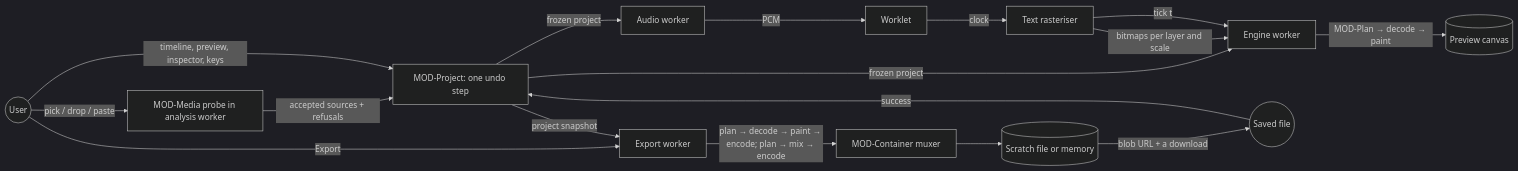
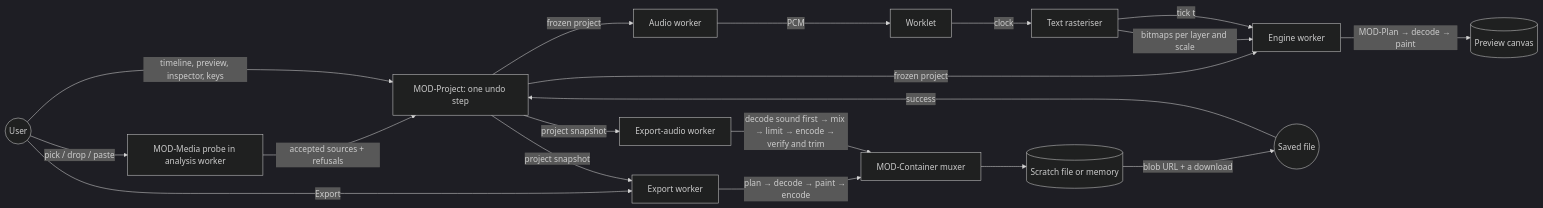
The second of 2 diagrams in specs/40-technical/architecture.md (thanh-taro/clip-maker), drawn with Mermaid (dark theme) before and after one commit. The commit also changed other lines of this file and 25 other files, not shown here.

````diff
--- a/specs/40-technical/architecture.md
+++ b/specs/40-technical/architecture.md
@@ -122,16 +134,18 @@
 ```mermaid
 flowchart LR
   U((User)) -->|pick / drop / paste| ME[MOD-Media probe in analysis worker]
   ME -->|accepted sources + refusals| PRJ[MOD-Project: one undo step]
   U -->|timeline, preview, inspector, keys| PRJ
   PRJ -->|frozen project| EN[Engine worker]
   PRJ -->|frozen project| AU[Audio worker]
   PV[Text rasteriser] -->|bitmaps per layer and scale| EN
   AU -->|PCM| WL[Worklet] -->|clock| PV
   PV -->|tick t| EN -->|MOD-Plan → decode → paint| SCREEN[(Preview canvas)]
   U -->|Export| XW[Export worker]
   PRJ -->|project snapshot| XW
-  XW -->|plan → decode → paint → encode; plan → mix → encode| MUX[MOD-Container muxer] --> SINK[(Scratch file or memory)]
+  PRJ -->|project snapshot| XA[Export-audio worker]
+  XW -->|plan → decode → paint → encode| MUX[MOD-Container muxer] --> SINK[(Scratch file or memory)]
+  XA -->|decode sound first → mix → limit → encode → verify and trim| MUX
   SINK -->|blob URL + a download| OUT((Saved file))
   OUT -->|success| PRJ
 ```
````
